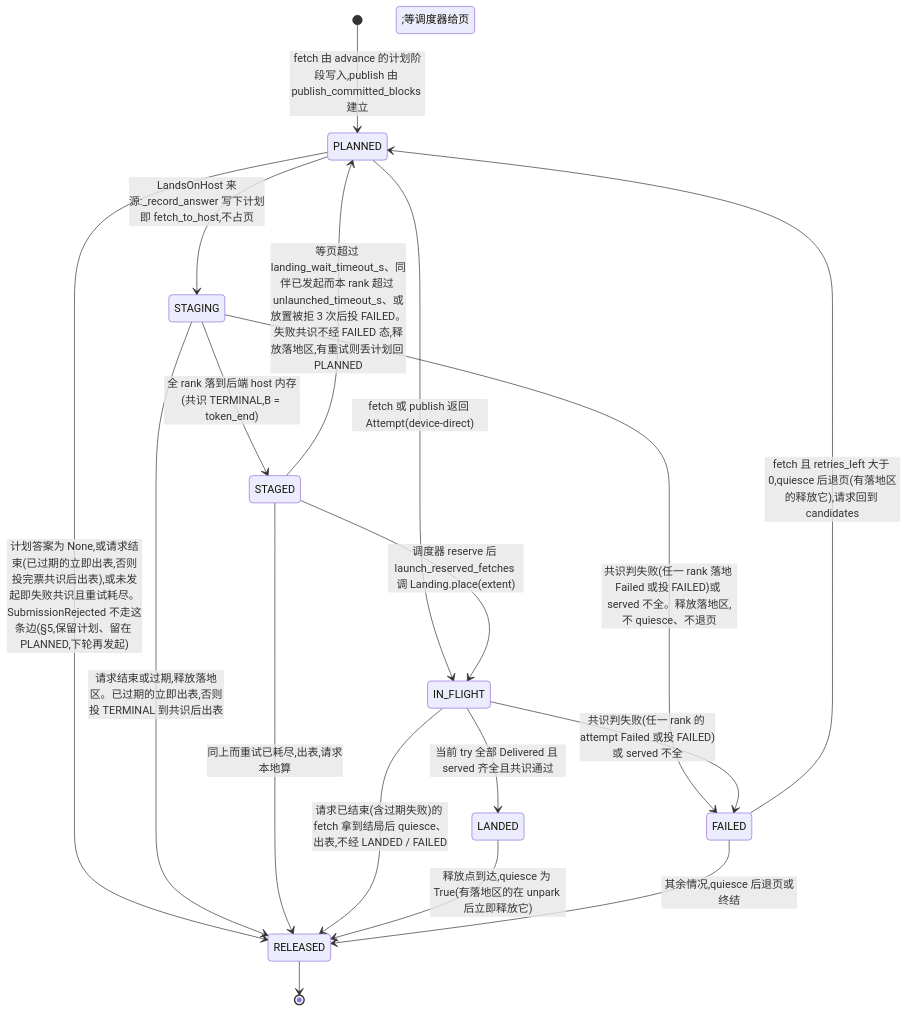
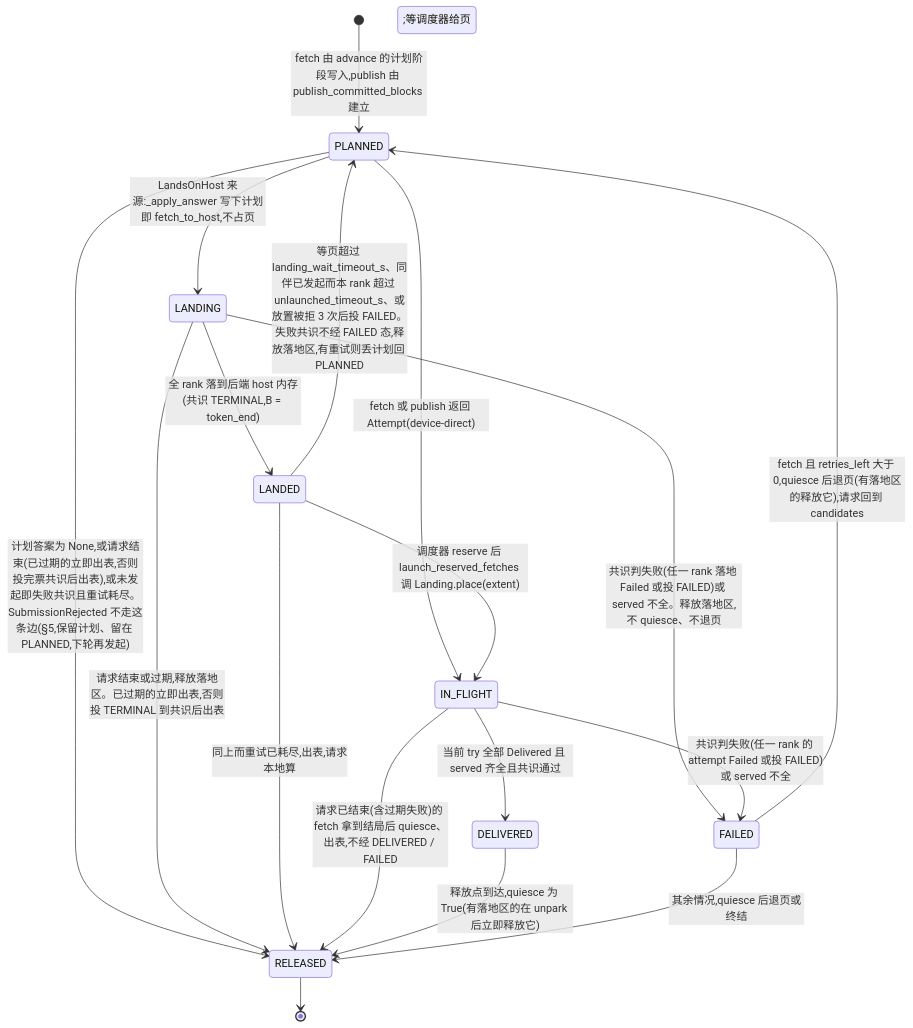
One commit to chuangz0/TensorRT-LLM changed the fourth of 6 diagrams in docs/shared/KV_TRANSFER_COORDINATOR_DESIGN.zh.md. Above: the diagram before and after it, drawn with Mermaid. The commit also changed other lines of this file and 55 other files, not shown here.

````diff
--- a/docs/shared/KV_TRANSFER_COORDINATOR_DESIGN.zh.md
+++ b/docs/shared/KV_TRANSFER_COORDINATOR_DESIGN.zh.md
@@ -265,20 +267,20 @@
 ```mermaid
 stateDiagram-v2
     [*] --> PLANNED: fetch 由 advance 的计划阶段写入,publish 由 publish_committed_blocks 建立
     PLANNED --> IN_FLIGHT: fetch 或 publish 返回 Attempt(device-direct)
-    PLANNED --> STAGING: LandsOnHost 来源:_record_answer 写下计划即 fetch_to_host,不占页
+    PLANNED --> LANDING: LandsOnHost 来源:_apply_answer 写下计划即 fetch_to_host,不占页
     PLANNED --> RELEASED: 计划答案为 None,或请求结束(已过期的立即出表,否则投完票共识后出表),或未发起即失败共识且重试耗尽。SubmissionRejected 不走这条边(§5,保留计划、留在 PLANNED,下轮再发起)
-    STAGING --> STAGED: 全 rank 落到后端 host 内存(共识 TERMINAL,B = token_end);等调度器给页
-    STAGING --> FAILED: 共识判失败(任一 rank 落地 Failed 或投 FAILED)或 served 不全。释放落地区,不 quiesce、不退页
-    STAGING --> RELEASED: 请求结束或过期,释放落地区。已过期的立即出表,否则投 TERMINAL 到共识后出表
-    STAGED --> IN_FLIGHT: 调度器 reserve 后 launch_reserved_fetches 调 Landing.place(extent)
-    STAGED --> PLANNED: 等页超过 landing_wait_timeout_s、同伴已发起而本 rank 超过 unlaunched_timeout_s、或放置被拒 3 次后投 FAILED。失败共识不经 FAILED 态,释放落地区,有重试则丢计划回 PLANNED
-    STAGED --> RELEASED: 同上而重试已耗尽,出表,请求本地算
-    IN_FLIGHT --> LANDED: 当前 try 全部 Delivered 且 served 齐全且共识通过
+    LANDING --> LANDED: 全 rank 落到后端 host 内存(共识 TERMINAL,B = token_end);等调度器给页
+    LANDING --> FAILED: 共识判失败(任一 rank 落地 Failed 或投 FAILED)或 served 不全。释放落地区,不 quiesce、不退页
+    LANDING --> RELEASED: 请求结束或过期,释放落地区。已过期的立即出表,否则投 TERMINAL 到共识后出表
+    LANDED --> IN_FLIGHT: 调度器 reserve 后 launch_reserved_fetches 调 Landing.place(extent)
+    LANDED --> PLANNED: 等页超过 landing_wait_timeout_s、同伴已发起而本 rank 超过 unlaunched_timeout_s、或放置被拒 3 次后投 FAILED。失败共识不经 FAILED 态,释放落地区,有重试则丢计划回 PLANNED
+    LANDED --> RELEASED: 同上而重试已耗尽,出表,请求本地算
+    IN_FLIGHT --> DELIVERED: 当前 try 全部 Delivered 且 served 齐全且共识通过
     IN_FLIGHT --> FAILED: 共识判失败(任一 rank 的 attempt Failed 或投 FAILED)或 served 不全
-    IN_FLIGHT --> RELEASED: 请求已结束(含过期失败)的 fetch 拿到结局后 quiesce、出表,不经 LANDED / FAILED
-    LANDED --> RELEASED: 释放点到达,quiesce 为 True(有落地区的在 unpark 后立即释放它)
+    IN_FLIGHT --> RELEASED: 请求已结束(含过期失败)的 fetch 拿到结局后 quiesce、出表,不经 DELIVERED / FAILED
+    DELIVERED --> RELEASED: 释放点到达,quiesce 为 True(有落地区的在 unpark 后立即释放它)
     FAILED --> PLANNED: fetch 且 retries_left 大于 0,quiesce 后退页(有落地区的释放它),请求回到 candidates
     FAILED --> RELEASED: 其余情况,quiesce 后退页或终结
     RELEASED --> [*]
 ```
````
